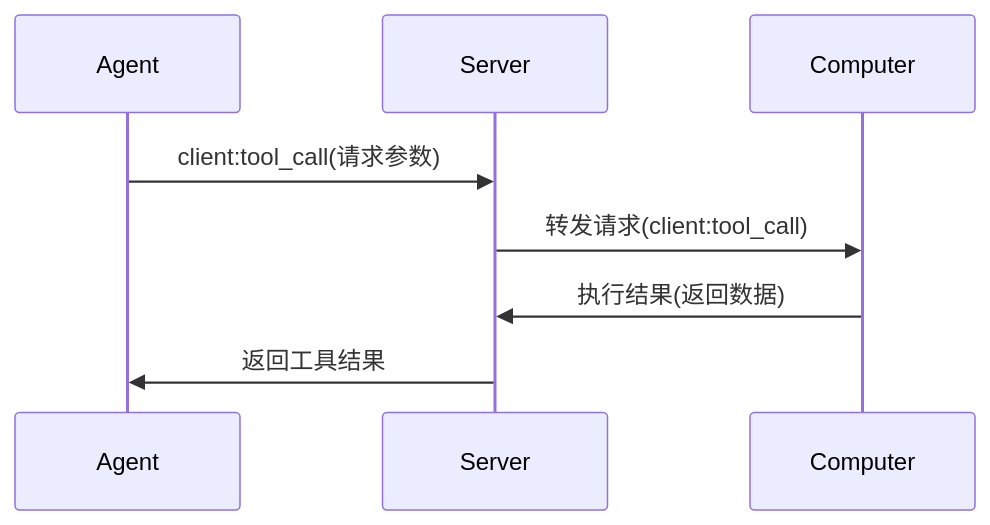
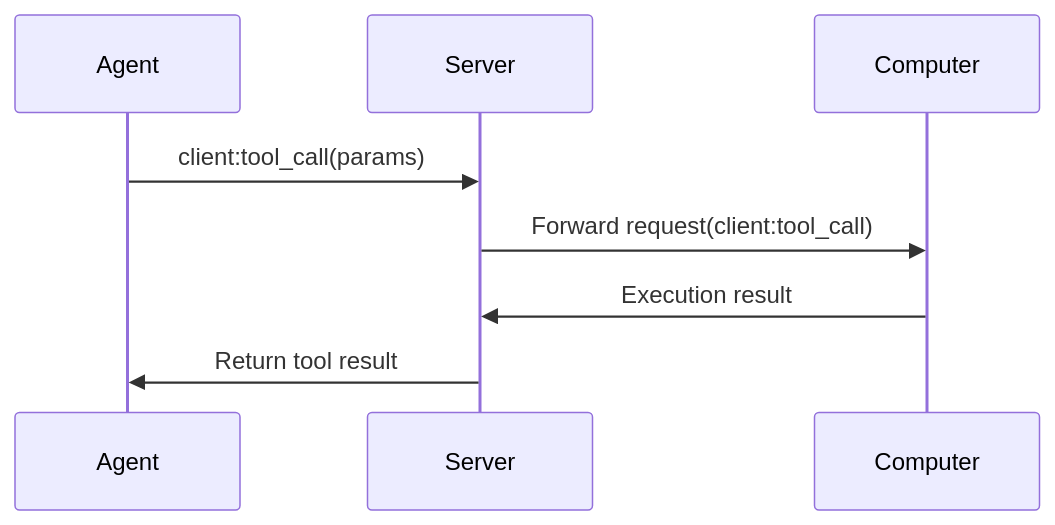
The sixth of 7 diagrams in profile/README.md (A2C-SMCP/.github), drawn with Mermaid before and after one commit. The commit also changed other lines of this file and 2 other files, not shown here.

````diff
--- a/profile/README.md
+++ b/profile/README.md
@@ -226,11 +230,11 @@
 ```mermaid
 sequenceDiagram
     participant A as Agent
     participant S as Server
     participant C as Computer
     
-    A->>S: client:tool_call(请求参数)
-    S->>C: 转发请求(client:tool_call)
-    C->>S: 执行结果(返回数据)
-    S->>A: 返回工具结果
+    A->>S: client:tool_call(params)
+    S->>C: Forward request(client:tool_call)
+    C->>S: Execution result
+    S->>A: Return tool result
 ```
````
